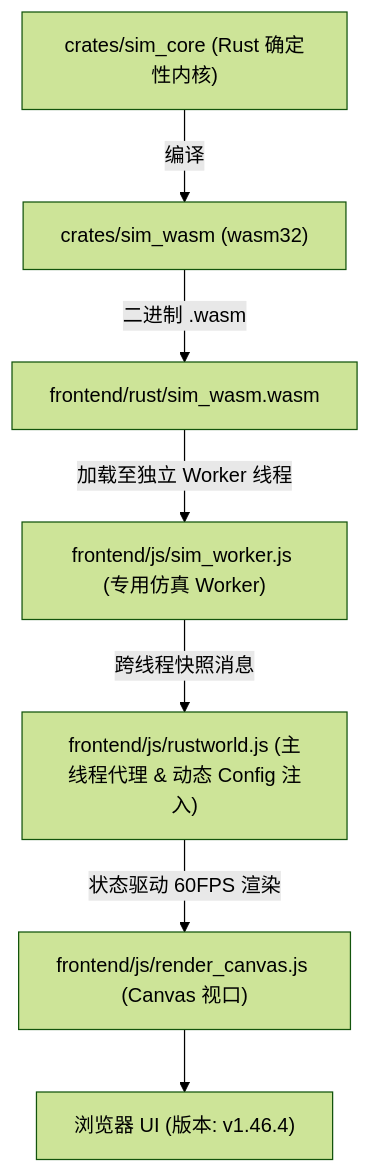
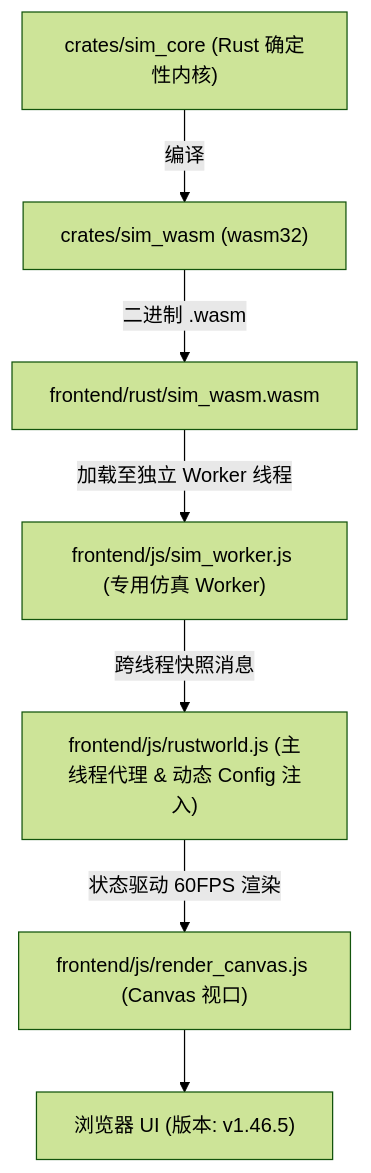
The diagram in AGENTS.md (g39088902/FlowAndAccord), drawn with Mermaid (forest theme) before and after one commit. The commit also changed other lines of this file and 12 other files, not shown here.

````diff
--- a/AGENTS.md
+++ b/AGENTS.md
@@ -59,9 +59,9 @@
 ```mermaid
 graph TD
     A["crates/sim_core (Rust 确定性内核)"] -->|编译| B["crates/sim_wasm (wasm32)"]
     B -->|二进制 .wasm| C["frontend/rust/sim_wasm.wasm"]
     C -->|加载至独立 Worker 线程| D["frontend/js/sim_worker.js (专用仿真 Worker)"]
     D -->|跨线程快照消息| E["frontend/js/rustworld.js (主线程代理 & 动态 Config 注入)"]
     E -->|状态驱动 60FPS 渲染| F["frontend/js/render_canvas.js (Canvas 视口)"]
-    F --> G["浏览器 UI (版本: v1.46.4)"]
+    F --> G["浏览器 UI (版本: v1.46.5)"]
 ```
````
